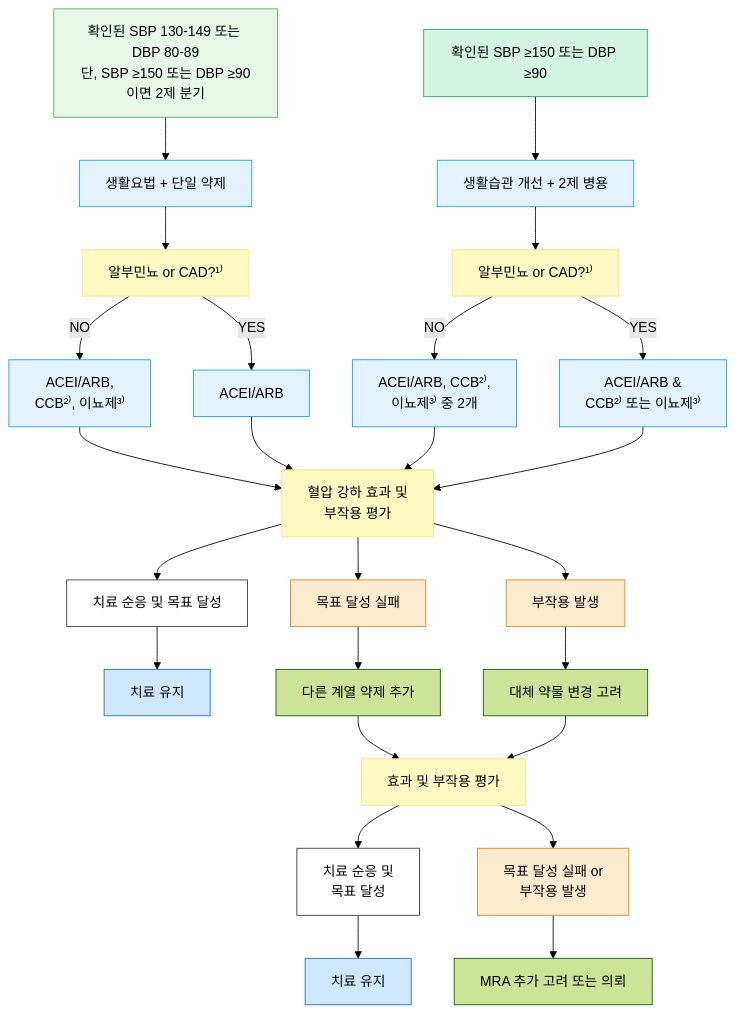
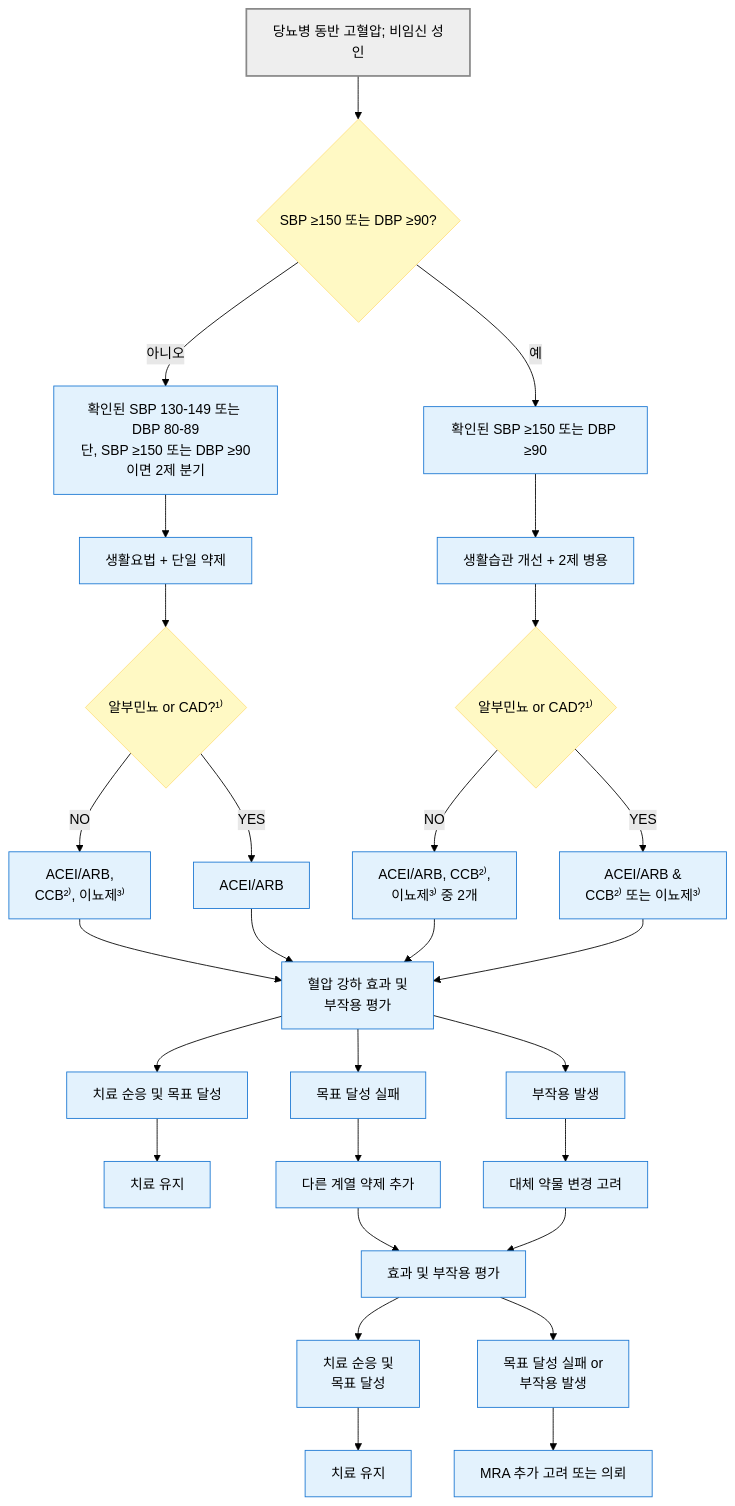
One commit to familyoh77/familyoh77 changed the fourth of 4 diagrams in 225_/095_-hypertension.md. Above: the diagram before and after it, drawn with Mermaid (forest theme). The commit also changed other lines of this file and 5 other files, not shown here.

````diff
--- a/225_/095_-hypertension.md
+++ b/225_/095_-hypertension.md
@@ -1242,38 +1240,41 @@
 ```mermaid
 flowchart TD
-    Start1["확인된 SBP 130-149 또는 DBP 80-89<br/>단, SBP ≥150 또는 DBP ≥90이면 2제 분기"]
-    Start2["확인된 SBP ≥150 또는 DBP ≥90"]
-style Start1 fill:#e8f8e8,stroke:#4caf50
-style Start2 fill:#d5f5e3,stroke:#27ae60
+    Begin["당뇨병 동반 고혈압; 비임신 성인"] --> Q{"SBP ≥150 또는 DBP ≥90?"}
+    Q -->|"아니오"| Start1["확인된 SBP 130-149 또는 DBP 80-89
+단, SBP ≥150 또는 DBP ≥90이면 2제 분기"]
+    Q -->|"예"| Start2["확인된 SBP ≥150 또는 DBP ≥90"]
+
 
     Start1 --> S1["생활요법 + 단일 약제"]
     Start2 --> S2["생활습관 개선 + 2제 병용"]    
-    S1 --> Check1["알부민뇨 or CAD?¹⁾"]
-    Check1 -- NO --> Drugs1["ACEI/ARB, <br/>CCB²⁾, 이뇨제³⁾"]
+    S1 --> Check1{"알부민뇨 or CAD?¹⁾"}
+    Check1 -- NO --> Drugs1["ACEI/ARB, 
+CCB²⁾, 이뇨제³⁾"]
     Check1 -- YES --> Drugs2["ACEI/ARB"]
-    S2 --> Check2["알부민뇨 or CAD?¹⁾"]
-    Check2 -- NO --> Drugs3["ACEI/ARB, CCB²⁾, <br/>이뇨제³⁾ 중 2개"]
-    Check2 -- YES --> Drugs4["ACEI/ARB & <br/>CCB²⁾ 또는 이뇨제³⁾"]
-    Drugs1 & Drugs2 & Drugs3 & Drugs4 --> Eval1["혈압 강하 효과 및 <br/>부작용 평가"] 
+    S2 --> Check2{"알부민뇨 or CAD?¹⁾"}
+    Check2 -- NO --> Drugs3["ACEI/ARB, CCB²⁾, 
+이뇨제³⁾ 중 2개"]
+    Check2 -- YES --> Drugs4["ACEI/ARB & 
+CCB²⁾ 또는 이뇨제³⁾"]
+    Drugs1 & Drugs2 & Drugs3 & Drugs4 --> Eval1["혈압 강하 효과 및 
+부작용 평가"] 
     Eval1 --> Success["치료 순응 및 목표 달성"]
     Eval1 --> Fail["목표 달성 실패"]
     Eval1 --> SideEffect["부작용 발생"]
     Success --> Maintain["치료 유지"]
     Fail --> AddDrug["다른 계열 약제 추가"]
     SideEffect --> ChangeDrug["대체 약물 변경 고려"]
     AddDrug & ChangeDrug --> Eval2["효과 및 부작용 평가"]
-    Eval2 --> Success2["치료 순응 및 <br/>목표 달성"]
-    Eval2 --> Fail2["목표 달성 실패 or <br/>부작용 발생"]
+    Eval2 --> Success2["치료 순응 및 
+목표 달성"]
+    Eval2 --> Fail2["목표 달성 실패 or 
+부작용 발생"]
     Success2 --> Maintain2["치료 유지"]
     Fail2 --> Referral["MRA 추가 고려 또는 의뢰"]
-classDef white fill:#fff,stroke:#333
-class Success2,Success white
-classDef orange fill:#fdebd0,stroke:#e67e22
-class Fail,Fail2,SideEffect orange
-classDef blue fill:#d0e8ff,stroke:#1a6abf
-class Maintain2,Maintain blue
-classDef yellow fill:#fff9c4,stroke:#ffe082
-class Check1,Check2,Eval2,Eval1 yellow
-classDef sky fill:#e3f2ff,stroke:#2196f3
-class S1,S2,Drugs1,Drugs2,Drugs3,Drugs4 sky
+    classDef question fill:#fff9c4,stroke:#ffe082
+    classDef treatment fill:#e3f2fd,stroke:#1976d2
+    classDef emergency fill:#ffdddd,stroke:#d32f2f,stroke-width:2px
+    class Q,Check1,Check2 question
+    class Start1,Start2,S1,S2,Drugs1,Drugs2,Drugs3,Drugs4,Eval1,Success,Fail,SideEffect,Maintain,AddDrug,ChangeDrug,Eval2,Success2,Fail2,Maintain2,Referral treatment
+    style Begin fill:#eeeeee,stroke:#888888,stroke-width:2px
 ```
````
